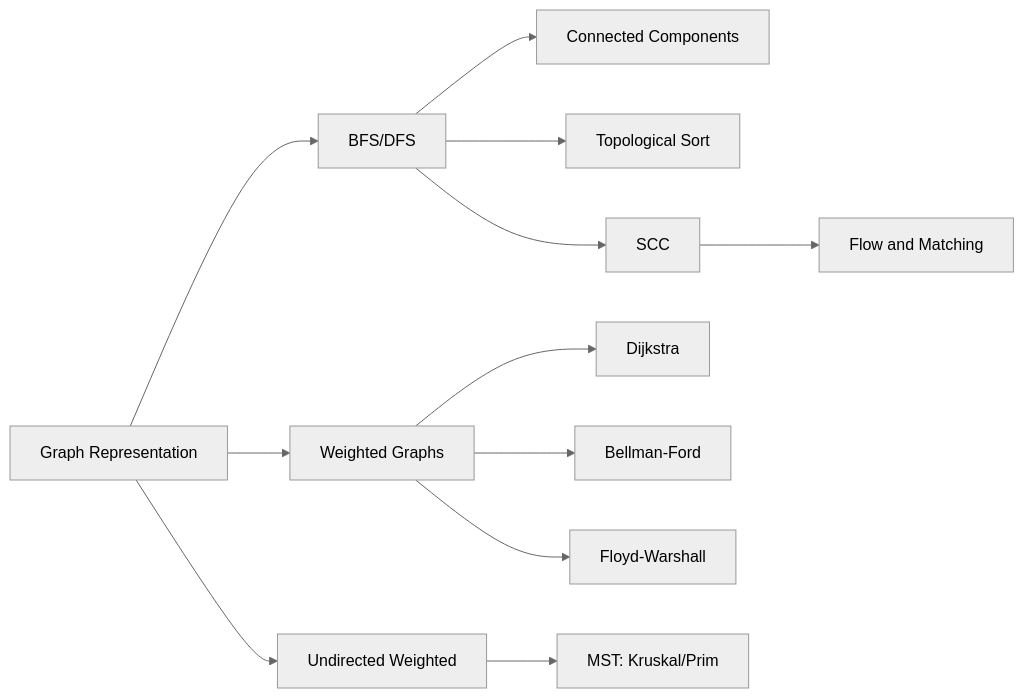
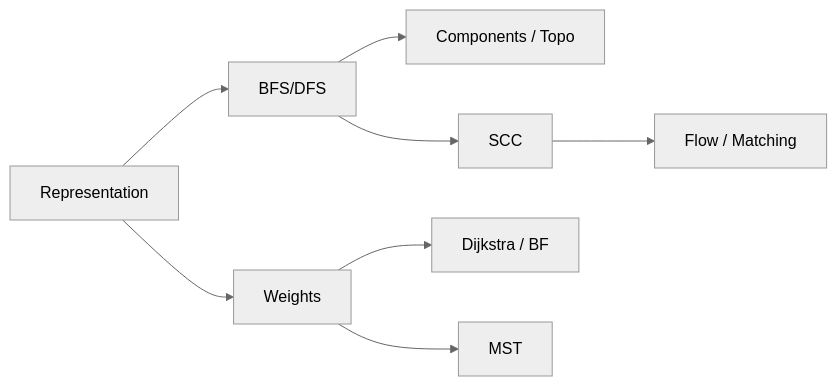
Before and after one commit to kanthi/books: the diagram in books/Maths/content/14-Graph-Theory/00-intro.md, drawn with Mermaid (neutral theme). The commit also changed other lines of this file and 45 other files, not shown here.

````diff
--- a/books/Maths/content/14-Graph-Theory/00-intro.md
+++ b/books/Maths/content/14-Graph-Theory/00-intro.md
@@ -24,14 +34,10 @@
 ```mermaid
 flowchart LR
-  A[Graph Representation] --> B[BFS/DFS]
-  B --> C[Connected Components]
-  B --> D[Topological Sort]
-  A --> E[Weighted Graphs]
-  E --> F[Dijkstra]
-  E --> G[Bellman-Ford]
-  E --> H[Floyd-Warshall]
-  A --> I[Undirected Weighted]
-  I --> J[MST: Kruskal/Prim]
-  B --> K[SCC]
-  K --> L[Flow and Matching]
+  A[Representation] --> B[BFS/DFS]
+  B --> C[Components / Topo]
+  A --> D[Weights]
+  D --> E[Dijkstra / BF]
+  D --> F[MST]
+  B --> G[SCC]
+  G --> H[Flow / Matching]
 ```
````
